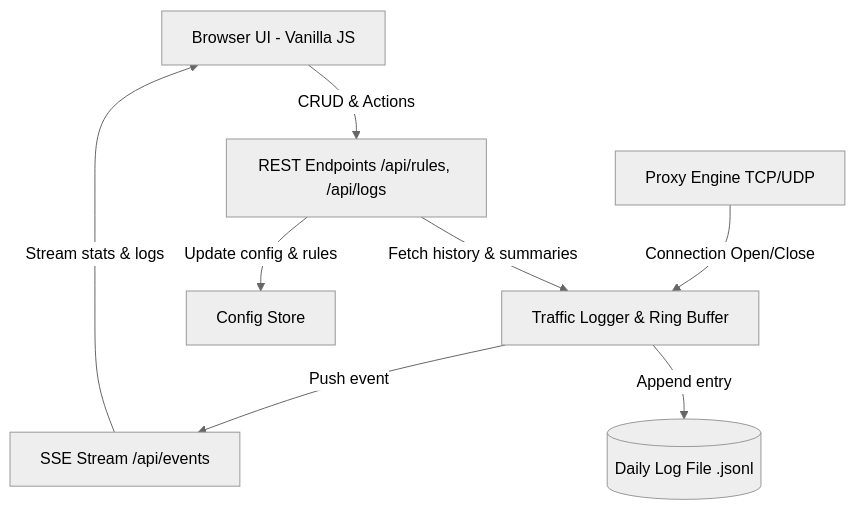
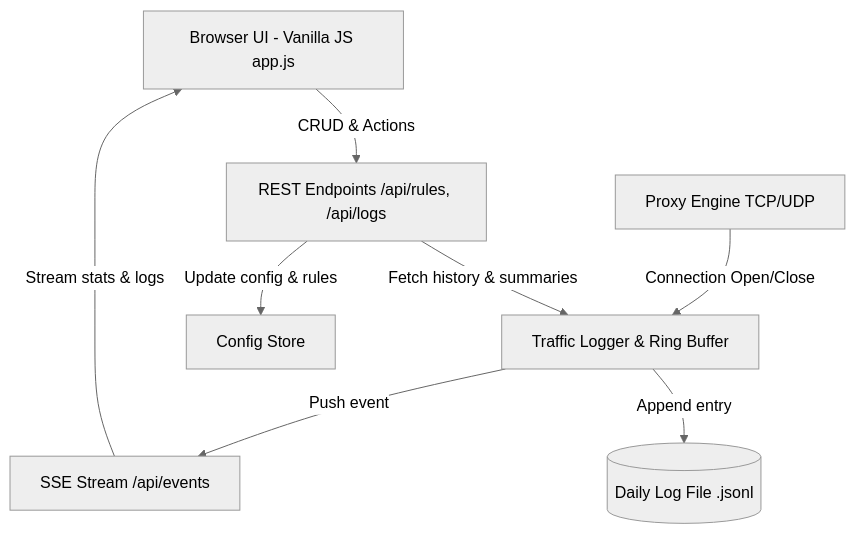
Before and after one commit to fadlee/patchbay: the first of 3 diagrams in docs/superpowers/specs/2026-08-22-vanilla-sse-traffic-logging-design.md, drawn with Mermaid (neutral theme). The commit also changed other lines of this file, not shown here.

Commit message:
Add UI mockup and Mermaid sequence diagrams to design spec

````diff
--- a/docs/superpowers/specs/2026-08-22-vanilla-sse-traffic-logging-design.md
+++ b/docs/superpowers/specs/2026-08-22-vanilla-sse-traffic-logging-design.md
@@ -29,18 +69,18 @@
 ```mermaid
 flowchart TD
-    Client[Browser UI - Vanilla JS]
+    Client[Browser UI - Vanilla JS app.js]
     SSE[SSE Stream /api/events]
     REST[REST Endpoints /api/rules, /api/logs]
     Proxy[Proxy Engine TCP/UDP]
     Logger[Traffic Logger & Ring Buffer]
     LogFile[(Daily Log File .jsonl)]
     Store[Config Store]
 
     Proxy -->|Connection Open/Close| Logger
     Logger -->|Push event| SSE
     Logger -->|Append entry| LogFile
     SSE -->|Stream stats & logs| Client
     Client -->|CRUD & Actions| REST
     REST -->|Update config & rules| Store
     REST -->|Fetch history & summaries| Logger
 ```
````
